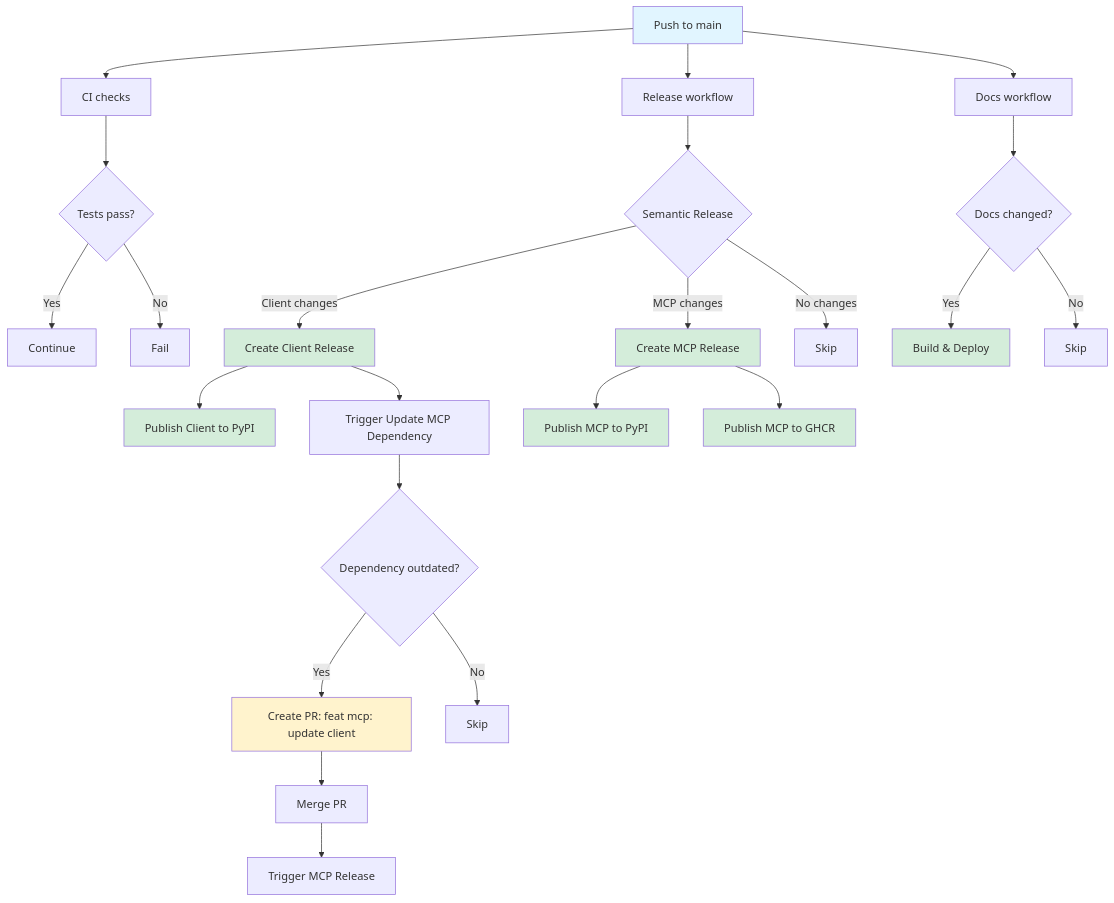
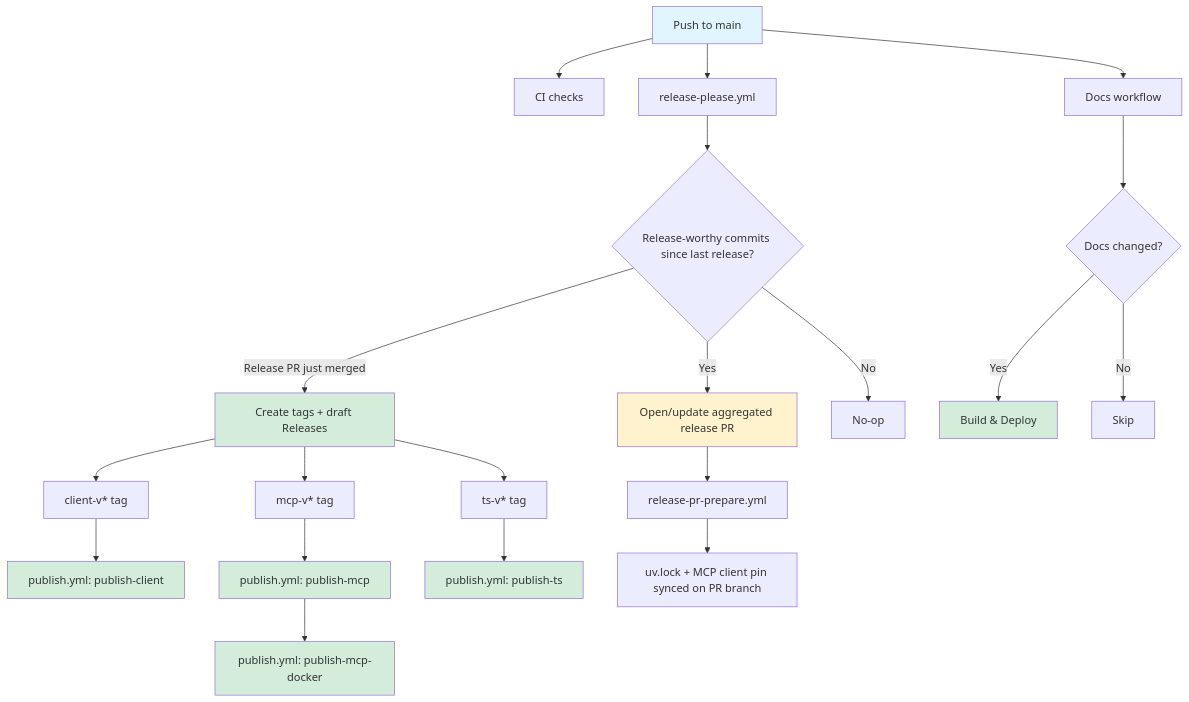
One commit to dougborg/frontapp-openapi-client changed the diagram in .github/workflows/README.md. Above: the diagram before and after it, drawn with Mermaid. The commit also changed other lines of this file and 26 other files, not shown here.

First line of the commit message:
feat(release): migrate to release-please manifest-mode release automation (#168)

````diff
--- a/.github/workflows/README.md
+++ b/.github/workflows/README.md
@@ -140,41 +132,37 @@
 ```mermaid
 graph TD
     A[Push to main] --> B[CI checks]
-    A --> C[Release workflow]
+    A --> C[release-please.yml]
     A --> D[Docs workflow]
 
-    B --> E{Tests pass?}
-    E -->|Yes| F[Continue]
-    E -->|No| G[Fail]
+    C --> E{Release-worthy commits since last release?}
+    E -->|Yes| F[Open/update aggregated release PR]
+    E -->|Release PR just merged| G[Create tags + draft Releases]
+    E -->|No| H[No-op]
 
-    C --> H{Semantic Release}
-    H -->|Client changes| I[Create Client Release]
-    H -->|MCP changes| J[Create MCP Release]
-    H -->|No changes| K[Skip]
+    G --> I[client-v* tag]
+    G --> J[mcp-v* tag]
+    G --> K[ts-v* tag]
 
-    I --> L[Publish Client to PyPI]
-    I --> M[Trigger Update MCP Dependency]
+    I --> L[publish.yml: publish-client]
+    J --> M[publish.yml: publish-mcp]
+    K --> N[publish.yml: publish-ts]
 
-    J --> N[Publish MCP to PyPI]
-    J --> O[Publish MCP to GHCR]
+    M --> O[publish.yml: publish-mcp-docker]
 
-    M --> P{Dependency outdated?}
-    P -->|Yes| Q[Create PR: feat mcp: update client]
-    P -->|No| R[Skip]
+    F --> P[release-pr-prepare.yml]
+    P --> Q[uv.lock + MCP client pin synced on PR branch]
 
-    Q --> S[Merge PR]
-    S --> T[Trigger MCP Release]
-
-    D --> U{Docs changed?}
-    U -->|Yes| V[Build & Deploy]
-    U -->|No| W[Skip]
+    D --> R{Docs changed?}
+    R -->|Yes| S[Build & Deploy]
+    R -->|No| T[Skip]
 
     style A fill:#e1f5ff
-    style I fill:#d4edda
-    style J fill:#d4edda
+    style F fill:#fff3cd
+    style G fill:#d4edda
     style L fill:#d4edda
+    style M fill:#d4edda
     style N fill:#d4edda
     style O fill:#d4edda
-    style V fill:#d4edda
-    style Q fill:#fff3cd
+    style S fill:#d4edda
 ```
````
